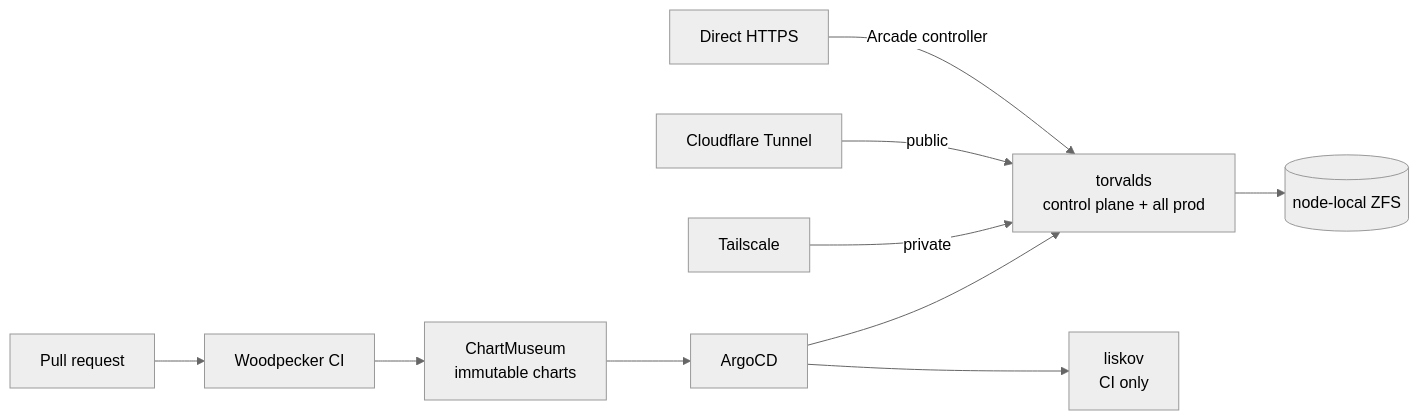
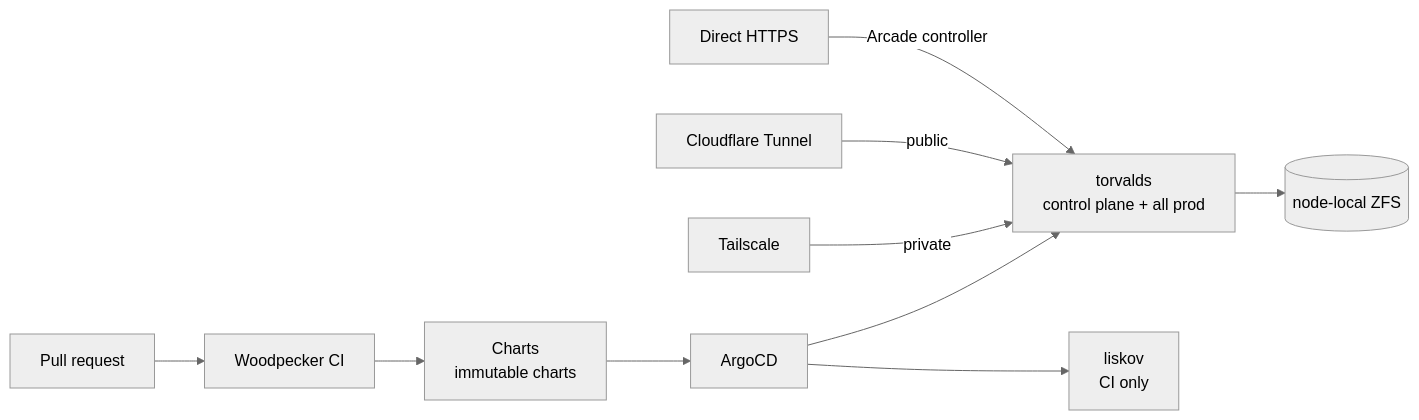
Before and after one commit to shepherdjerred/monorepo: the diagram in packages/docs/wiki/src/content/docs/explanation/homelab/overview.md, drawn with Mermaid (neutral theme). The commit also changed 118 other files, not shown here.

````diff
--- a/packages/docs/wiki/src/content/docs/explanation/homelab/overview.md
+++ b/packages/docs/wiki/src/content/docs/explanation/homelab/overview.md
@@ -12,15 +12,15 @@
 ```mermaid
 flowchart LR
   accTitle: Homelab topology
-  accDescr: A pull request builds cdk8s manifests into immutable Helm charts published to ChartMuseum. ArgoCD syncs them onto a two-node Talos cluster. Torvalds is the control plane and runs all production workloads on node-local ZFS volumes. Liskov is a CI-only worker running Woodpecker step pods. Tailscale provides private ingress and Cloudflare Tunnel provides public ingress. Arcade also supports direct HTTPS through the home router and Caddy.
+  accDescr: A pull request builds cdk8s manifests into immutable Helm charts published to the first-party Charts registry. ArgoCD syncs them onto a two-node Talos cluster. Torvalds is the control plane and runs all production workloads on node-local ZFS volumes. Liskov is a CI-only worker running Woodpecker step pods. Tailscale provides private ingress and Cloudflare Tunnel provides public ingress. Arcade also supports direct HTTPS through the home router and Caddy.
 
   PR[Pull request] --> CI[Woodpecker CI]
-  CI --> CM[ChartMuseum<br/>immutable charts]
+  CI --> CM[Charts<br/>immutable charts]
   CM --> ARGO[ArgoCD]
   ARGO --> T[torvalds<br/>control plane + all prod]
   ARGO --> L[liskov<br/>CI only]
   T --> ZFS[(node-local ZFS)]
   TS[Tailscale] -->|private| T
   CF[Cloudflare Tunnel] -->|public| T
   DIRECT[Direct HTTPS] -->|Arcade controller| T
 ```
````
